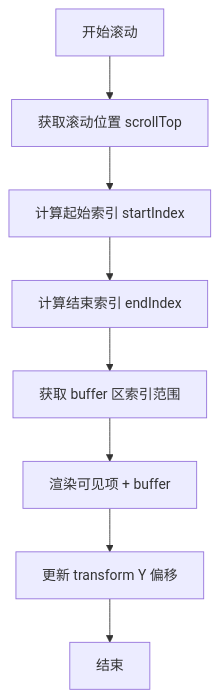
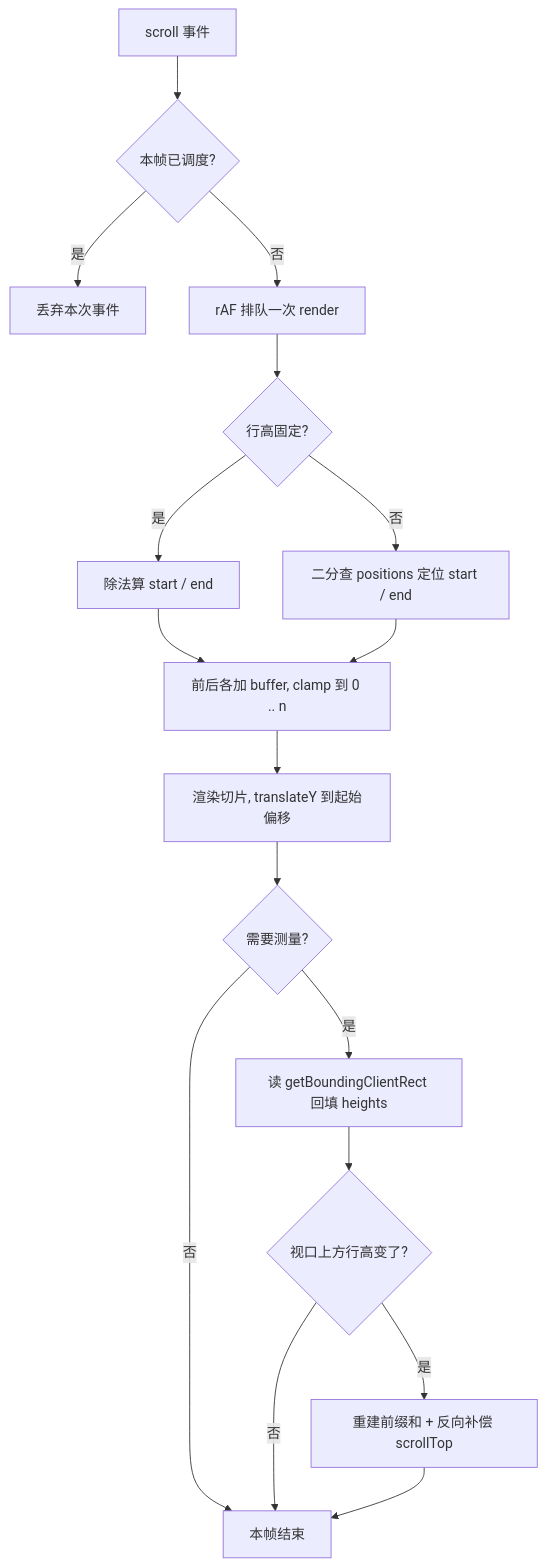
Before and after one commit to pedyc/dg.pedyc: the diagram in content/30-RESOURCES/实现简易虚拟列表.md, drawn with Mermaid. The commit also changed other lines of this file and 30 other files, not shown here.

````diff
--- a/content/30-RESOURCES/实现简易虚拟列表.md
+++ b/content/30-RESOURCES/实现简易虚拟列表.md
@@ -33,10 +41,19 @@
 ```mermaid
 flowchart TD
-    A[开始滚动] --> B[获取滚动位置 scrollTop]
-    B --> C[计算起始索引 startIndex]
-    C --> D[计算结束索引 endIndex]
-    D --> E[获取 buffer 区索引范围]
-    E --> F[渲染可见项 + buffer]
-    F --> G[更新 transform Y 偏移]
-    G --> H[结束]
+    A[scroll 事件] --> B{本帧已调度?}
+    B -->|是| X[丢弃本次事件]
+    B -->|否| C[rAF 排队一次 render]
+    C --> D{行高固定?}
+    D -->|是| E[除法算 start / end]
+    D -->|否| F[二分查 positions 定位 start / end]
+    E --> G[前后各加 buffer, clamp 到 0 .. n]
+    F --> G
+    G --> H[渲染切片, translateY 到起始偏移]
+    H --> I{需要测量?}
+    I -->|否| X2[本帧结束]
+    I -->|是| J[读 getBoundingClientRect 回填 heights]
+    J --> K{视口上方行高变了?}
+    K -->|是| L[重建前缀和 + 反向补偿 scrollTop]
+    K -->|否| X2
+    L --> X2
 ```
````
